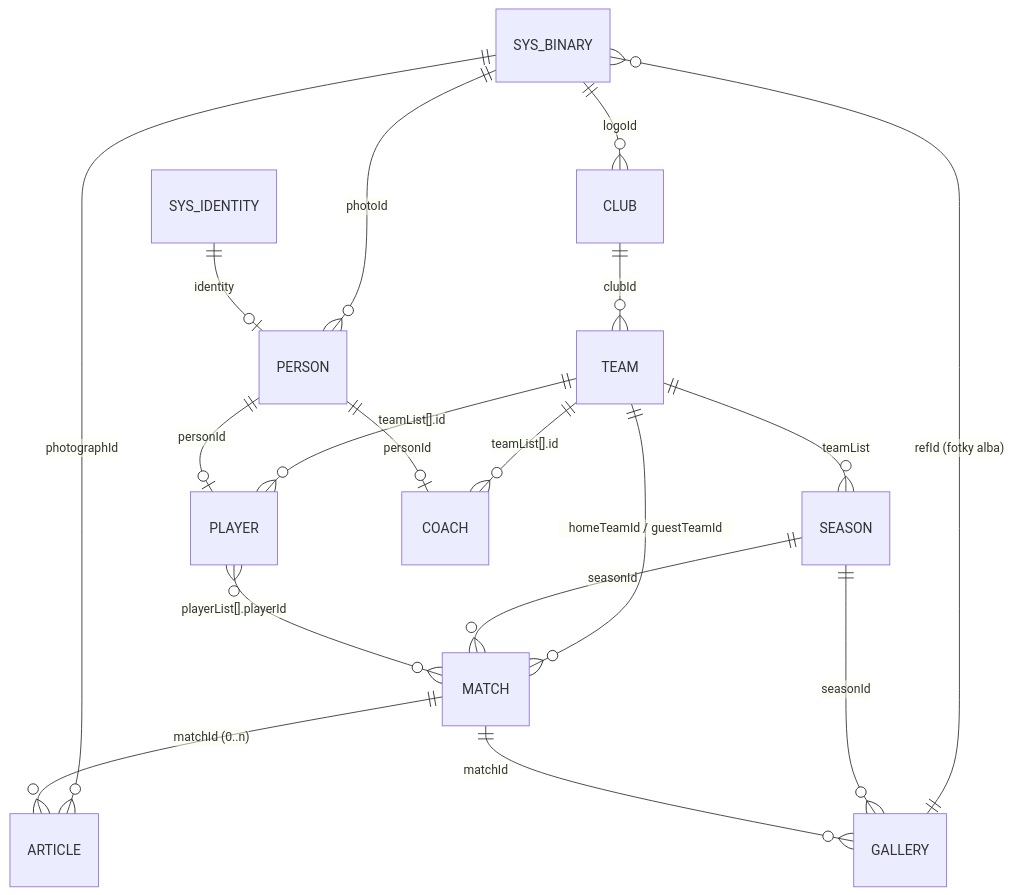
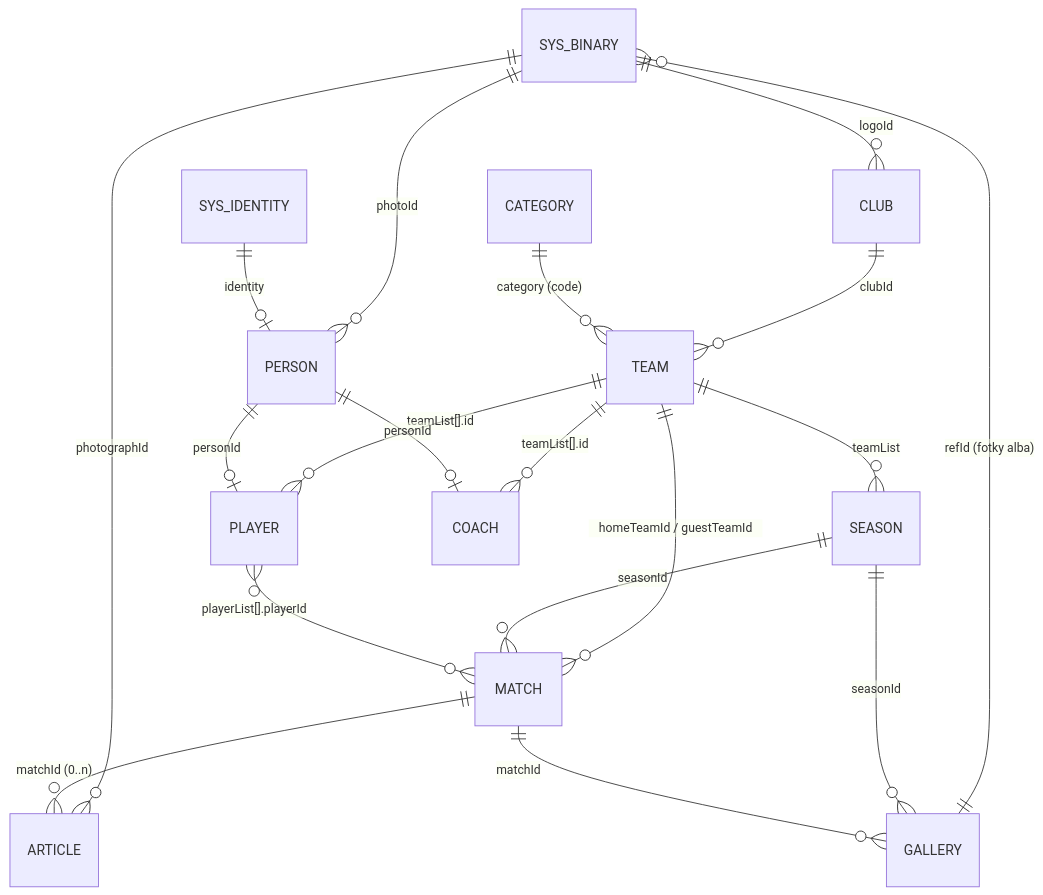
Before and after one commit to capo00/afkbratcice: the first of 3 diagrams in design/data-model.md, drawn with Mermaid. The commit also changed other lines of this file and 49 other files, not shown here.

````diff
--- a/design/data-model.md
+++ b/design/data-model.md
@@ -29,20 +29,21 @@
 ```mermaid
 erDiagram
     SYS_BINARY   ||--o{ CLUB        : "logoId"
     CLUB         ||--o{ TEAM        : "clubId"
+    CATEGORY     ||--o{ TEAM        : "category (code)"
     SYS_BINARY   ||--o{ PERSON      : "photoId"
     SYS_BINARY   ||--o{ ARTICLE     : "photographId"
     SYS_BINARY   }o--|| GALLERY     : "refId (fotky alba)"
     TEAM         ||--o{ SEASON      : "teamList"
     TEAM         ||--o{ MATCH       : "homeTeamId / guestTeamId"
     TEAM         ||--o{ PLAYER      : "teamList[].id"
     TEAM         ||--o{ COACH       : "teamList[].id"
     SEASON       ||--o{ MATCH       : "seasonId"
     SEASON       ||--o{ GALLERY     : "seasonId"
     MATCH        ||--o{ ARTICLE     : "matchId (0..n)"
     MATCH        ||--o{ GALLERY     : "matchId"
     PLAYER       }o--o{ MATCH       : "playerList[].playerId"
     PERSON       ||--o| PLAYER      : "personId"
     PERSON       ||--o| COACH       : "personId"
     SYS_IDENTITY ||--o| PERSON      : "identity"
 ```
````
